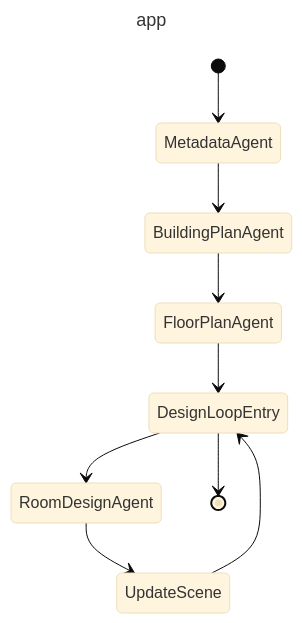
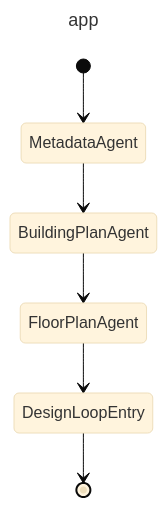
One commit to SceneBuilder/SceneBuilder changed the diagram in assets/main_graph.md. Above: the diagram before and after it, drawn with Mermaid (base theme). The commit also changed 2 other files, not shown here.

Commit message:
Fixed Pydantic error by making more fields nullable

````diff
--- a/assets/main_graph.md
+++ b/assets/main_graph.md
@@ -1,14 +1,11 @@
 ```mermaid
 ---
 title: app
 ---
 stateDiagram-v2
   [*] --> MetadataAgent
   MetadataAgent --> BuildingPlanAgent
   BuildingPlanAgent --> FloorPlanAgent
   FloorPlanAgent --> DesignLoopEntry
-  DesignLoopEntry --> RoomDesignAgent
   DesignLoopEntry --> [*]
-  RoomDesignAgent --> UpdateScene
-  UpdateScene --> DesignLoopEntry
 ```
````
